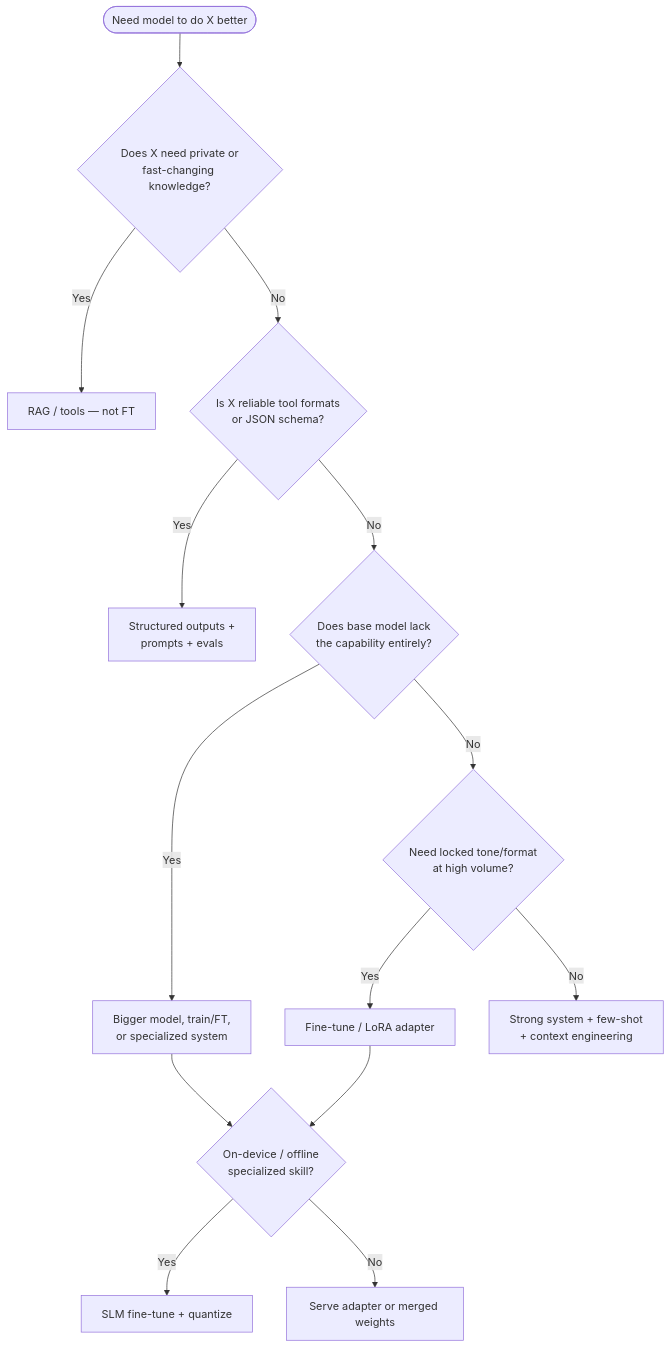
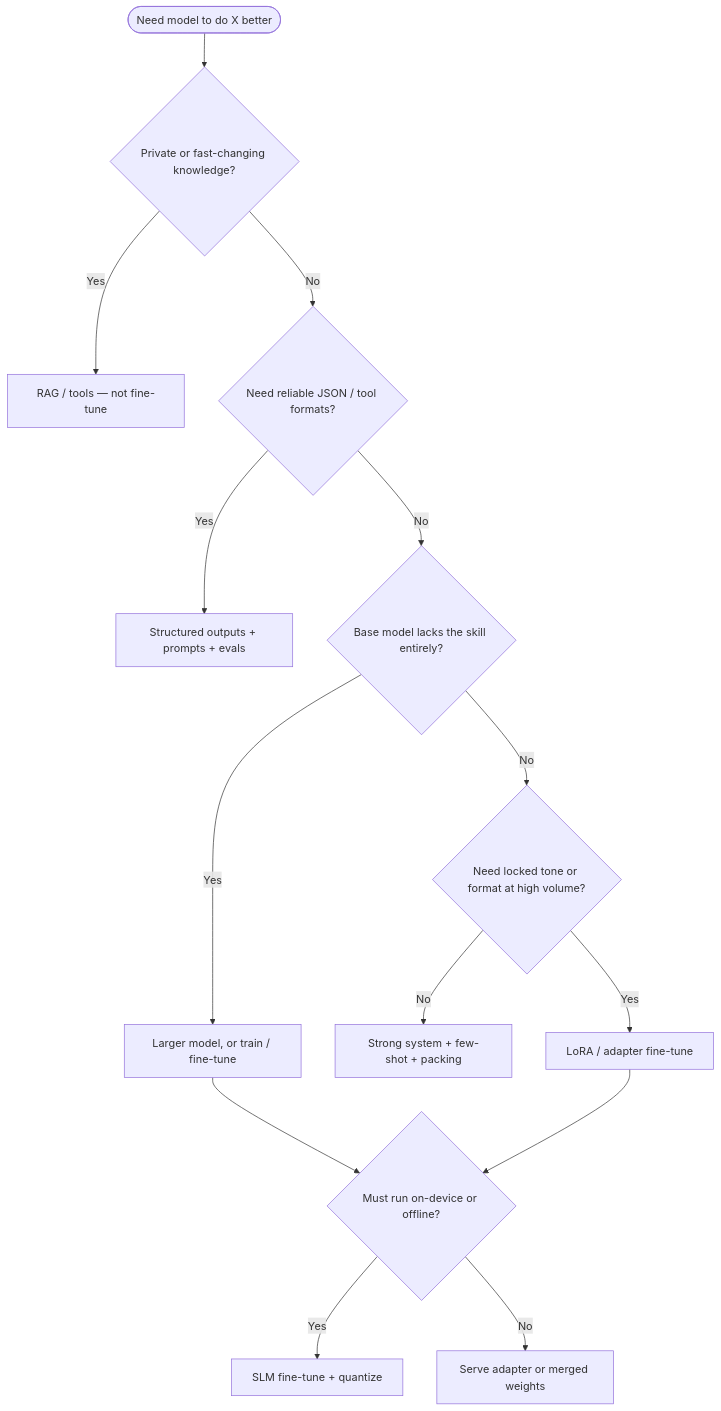
The diagram in docs/core/06-fine-tuning.md (sanketn26/AIEngineering), drawn with Mermaid before and after one commit. The commit also changed 27 other files, not shown here.

````diff
--- a/docs/core/06-fine-tuning.md
+++ b/docs/core/06-fine-tuning.md
@@ -36,17 +36,16 @@
 ```mermaid
 flowchart TD
-  Start([Need model to do X better]) --> Q1{Does X need private or\nfast-changing knowledge?}
-  Q1 -->|Yes| RAG[RAG / tools — not FT]
-  Q1 -->|No| Q2{Is X reliable tool formats\nor JSON schema?}
-  Q2 -->|Yes| Struct[Structured outputs +\nprompts + evals]
-  Q2 -->|No| Q3{Does base model lack\nthe capability entirely?}
-  Q3 -->|Yes| Cap[Bigger model, train/FT,\nor specialized system]
-  Q3 -->|No| Q4{Need locked tone/format\nat high volume?}
-  Q4 -->|Yes| FT[Fine-tune / LoRA adapter]
-  Q4 -->|No| Prompt[Strong system + few-shot\n+ context engineering]
-  Q5{On-device / offline\nspecialized skill?}
-  Cap --> Q5
+  Start([Need model to do X better]) --> Q1{Private or fast-changing knowledge?}
+  Q1 -->|Yes| RAG[RAG / tools — not fine-tune]
+  Q1 -->|No| Q2{Need reliable JSON / tool formats?}
+  Q2 -->|Yes| Struct[Structured outputs + prompts + evals]
+  Q2 -->|No| Q3{Base model lacks the skill entirely?}
+  Q3 -->|Yes| Bigger[Larger model, or train / fine-tune]
+  Q3 -->|No| Q4{Need locked tone or format at high volume?}
+  Q4 -->|No| Prompt[Strong system + few-shot + packing]
+  Q4 -->|Yes| FT[LoRA / adapter fine-tune]
+  Bigger --> Q5{Must run on-device or offline?}
   FT --> Q5
   Q5 -->|Yes| SLM[SLM fine-tune + quantize]
   Q5 -->|No| Serve[Serve adapter or merged weights]
 ```
````
